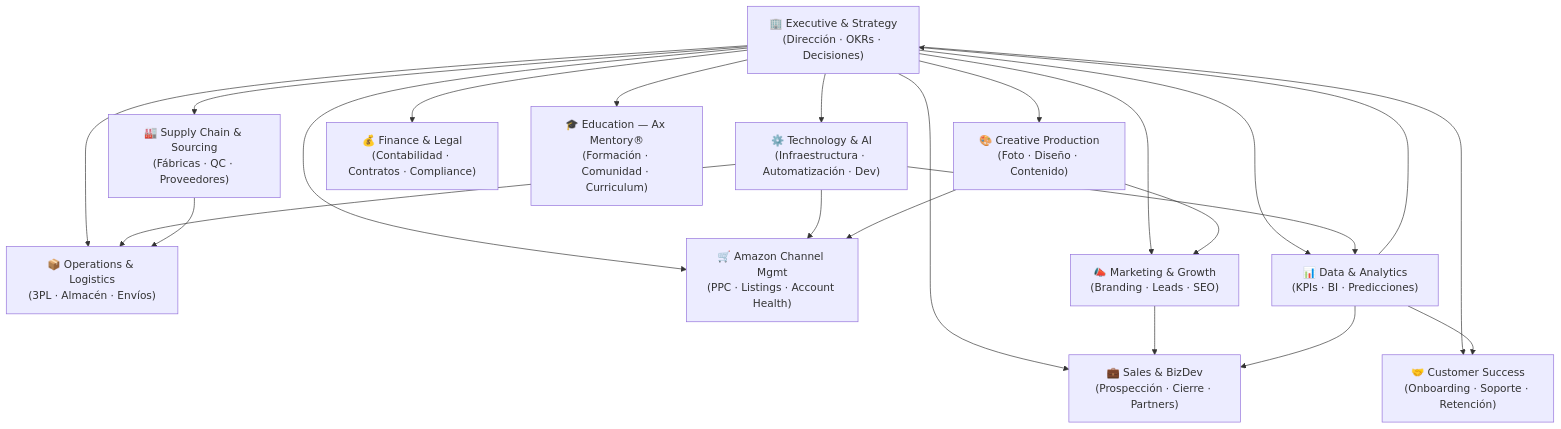
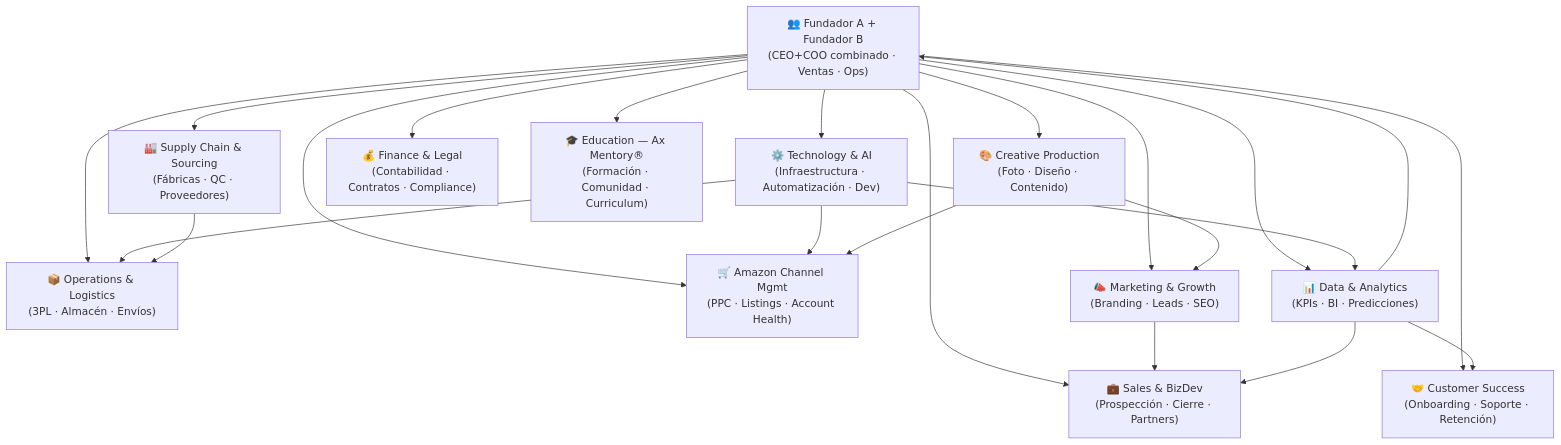
Before and after one commit to Roc-Axservicehub/Claude-Space-Test: the diagram in company-structure/README.md, drawn with Mermaid. The commit also changed other lines of this file and 3 other files, not shown here.

````diff
--- a/company-structure/README.md
+++ b/company-structure/README.md
@@ -25,27 +25,27 @@
 ```mermaid
 graph TD
-    CEO["🏢 Executive & Strategy\n(Dirección · OKRs · Decisiones)"]
+    CEO["👥 Fundador A + Fundador B\n(CEO+COO combinado · Ventas · Ops)"]
 
     CEO --> TECH["⚙️ Technology & AI\n(Infraestructura · Automatización · Dev)"]
     CEO --> OPS["📦 Operations & Logistics\n(3PL · Almacén · Envíos)"]
     CEO --> AMZ["🛒 Amazon Channel Mgmt\n(PPC · Listings · Account Health)"]
     CEO --> CREA["🎨 Creative Production\n(Foto · Diseño · Contenido)"]
     CEO --> SC["🏭 Supply Chain & Sourcing\n(Fábricas · QC · Proveedores)"]
     CEO --> SALES["💼 Sales & BizDev\n(Prospección · Cierre · Partners)"]
     CEO --> CS["🤝 Customer Success\n(Onboarding · Soporte · Retención)"]
     CEO --> FIN["💰 Finance & Legal\n(Contabilidad · Contratos · Compliance)"]
     CEO --> MKT["📣 Marketing & Growth\n(Branding · Leads · SEO)"]
     CEO --> EDU["🎓 Education — Ax Mentory®\n(Formación · Comunidad · Curriculum)"]
     CEO --> DATA["📊 Data & Analytics\n(KPIs · BI · Predicciones)"]
 
     TECH --> OPS
     TECH --> AMZ
     TECH --> DATA
     SC --> OPS
     CREA --> AMZ
     CREA --> MKT
     MKT --> SALES
     DATA --> CEO
     DATA --> SALES
     DATA --> CS
 ```
````
